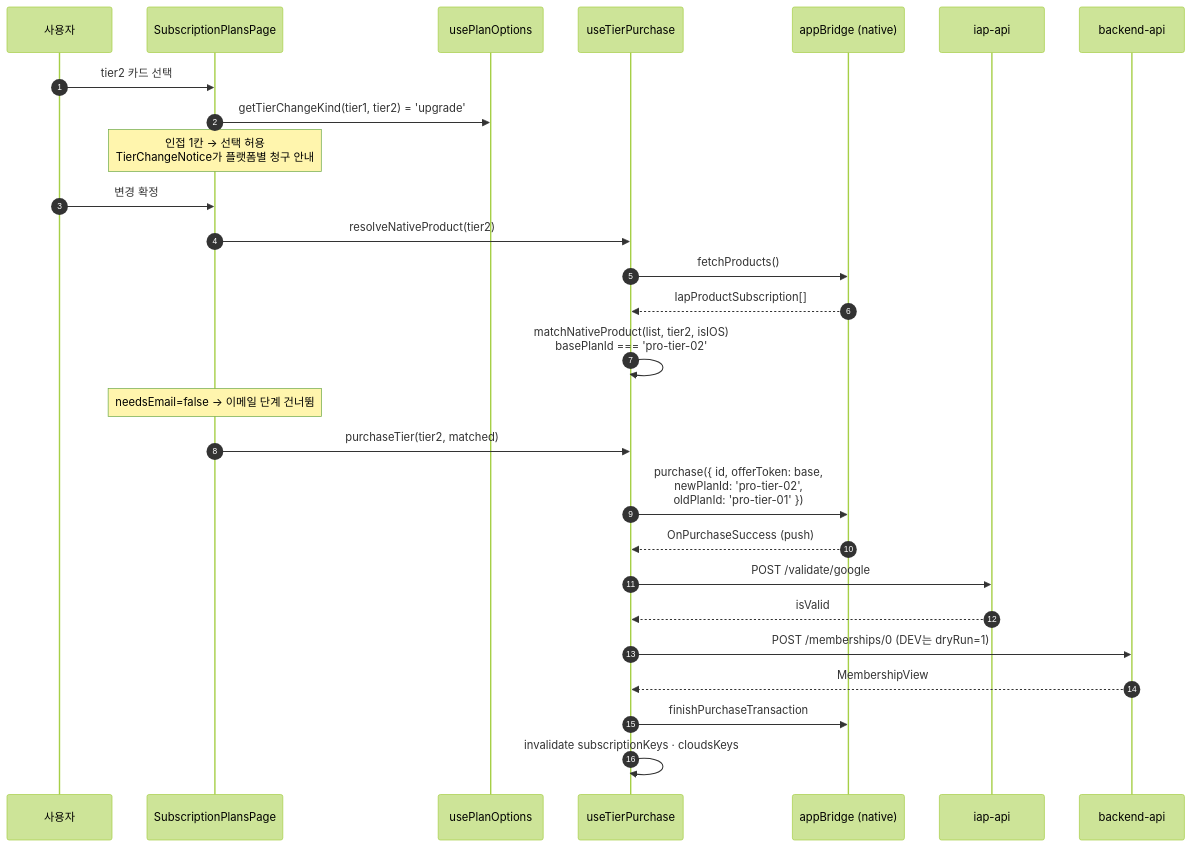
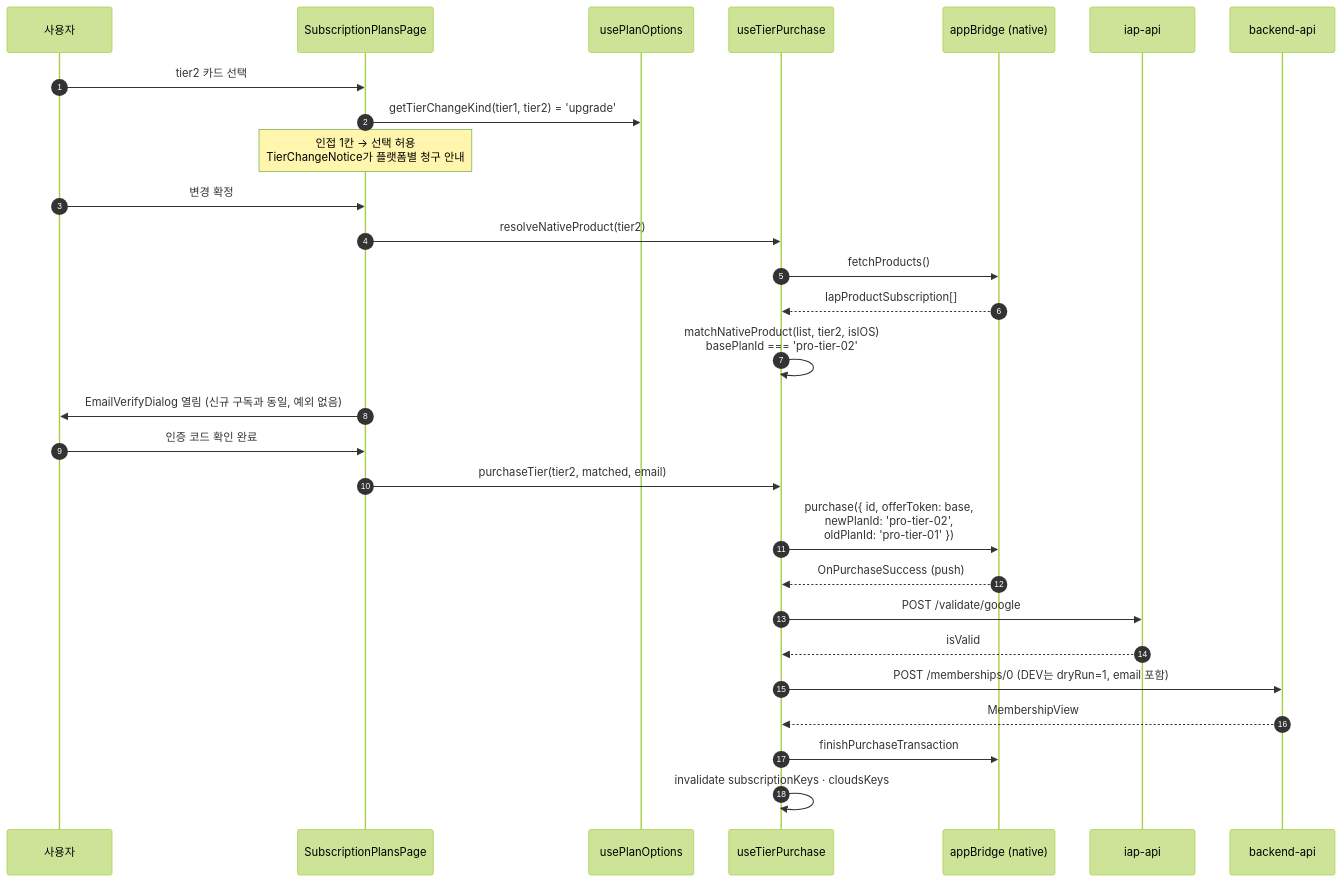
One commit to lemoncloud-io/dou-app changed the third of 4 diagrams in apps/web/docs/feature/subscription/tier-and-quota.md. Above: the diagram before and after it, drawn with Mermaid (forest theme). The commit also changed other lines of this file and 53 other files, not shown here.

````diff
--- a/apps/web/docs/feature/subscription/tier-and-quota.md
+++ b/apps/web/docs/feature/subscription/tier-and-quota.md
@@ -239,30 +241,31 @@
 ```mermaid
 sequenceDiagram
     autonumber
     participant U as 사용자
     participant P as SubscriptionPlansPage
     participant O as usePlanOptions
     participant T as useTierPurchase
     participant B as appBridge (native)
     participant I as iap-api
     participant C as backend-api
 
     U->>P: tier2 카드 선택
     P->>O: getTierChangeKind(tier1, tier2) = 'upgrade'
     Note over P: 인접 1칸 → 선택 허용<br/>TierChangeNotice가 플랫폼별 청구 안내
     U->>P: 변경 확정
     P->>T: resolveNativeProduct(tier2)
     T->>B: fetchProducts()
     B-->>T: IapProductSubscription[]
     T->>T: matchNativeProduct(list, tier2, isIOS)<br/>basePlanId === 'pro-tier-02'
-    Note over P: needsEmail=false → 이메일 단계 건너뜀
-    P->>T: purchaseTier(tier2, matched)
+    P->>U: EmailVerifyDialog 열림 (신규 구독과 동일, 예외 없음)
+    U->>P: 인증 코드 확인 완료
+    P->>T: purchaseTier(tier2, matched, email)
     T->>B: purchase({ id, offerToken: base,<br/>newPlanId: 'pro-tier-02',<br/>oldPlanId: 'pro-tier-01' })
     B-->>T: OnPurchaseSuccess (push)
     T->>I: POST /validate/google
     I-->>T: isValid
-    T->>C: POST /memberships/0 (DEV는 dryRun=1)
+    T->>C: POST /memberships/0 (DEV는 dryRun=1, email 포함)
     C-->>T: MembershipView
     T->>B: finishPurchaseTransaction
     T->>T: invalidate subscriptionKeys · cloudsKeys
 ```
````
